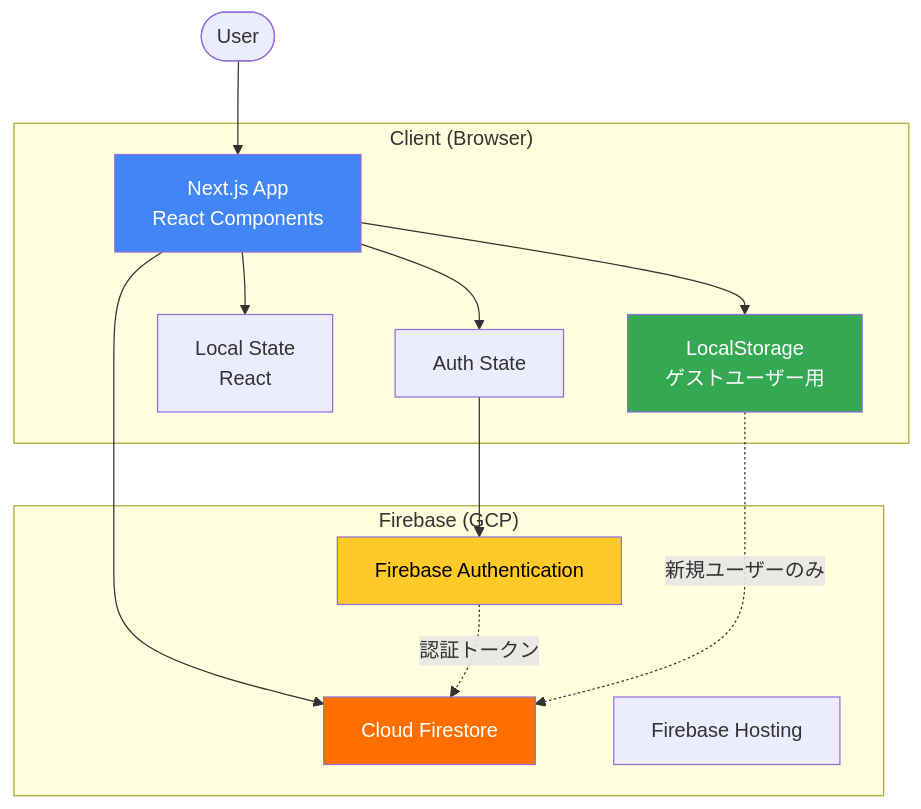
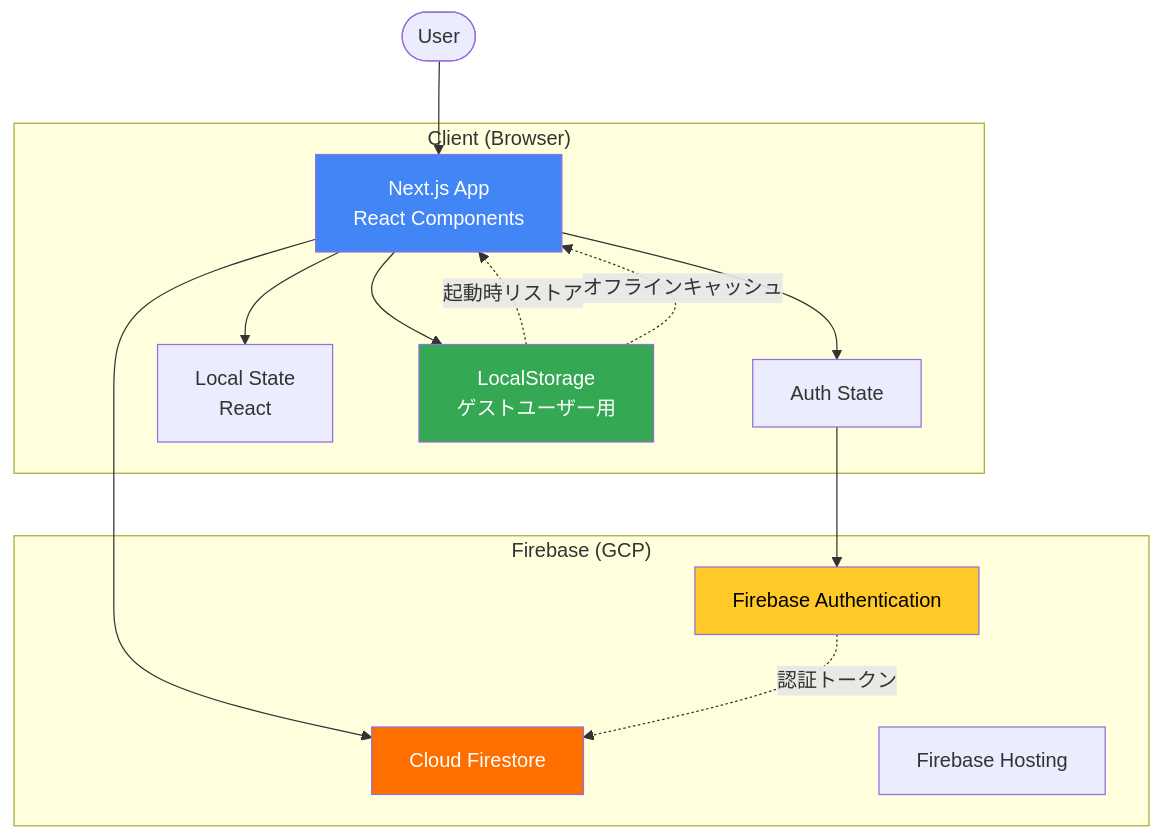
Before and after one commit to Kujo-n/pokesleepfaces: the first of 10 diagrams in docs/3_architecture.md, drawn with Mermaid. The commit also changed other lines of this file and 3 other files, not shown here.

````diff
--- a/docs/3_architecture.md
+++ b/docs/3_architecture.md
@@ -7,29 +7,30 @@
 ```mermaid
 graph TB
     subgraph "Client (Browser)"
         UI[Next.js App<br/>React Components]
         Auth[Auth State]
         LocalState[Local State<br/>React]
         LocalStorage[LocalStorage<br/>ゲストユーザー用]
     end
     
     subgraph "Firebase (GCP)"
         FAuth[Firebase Authentication]
         Firestore[Cloud Firestore]
         Hosting[Firebase Hosting]
     end
     
     User([User]) --> UI
     UI --> Auth
     Auth --> FAuth
     UI --> LocalState
     UI --> LocalStorage
     UI --> Firestore
     FAuth -.認証トークン.-> Firestore
-    LocalStorage -.新規ユーザーのみ.-> Firestore
+    LocalStorage -.起動時リストア.-> UI
+    LocalStorage -.オフラインキャッシュ.-> UI
     
     style UI fill:#4285f4,color:#fff
     style FAuth fill:#ffca28,color:#000
     style Firestore fill:#ff6f00,color:#fff
     style LocalStorage fill:#34a853,color:#fff
 ```
````
